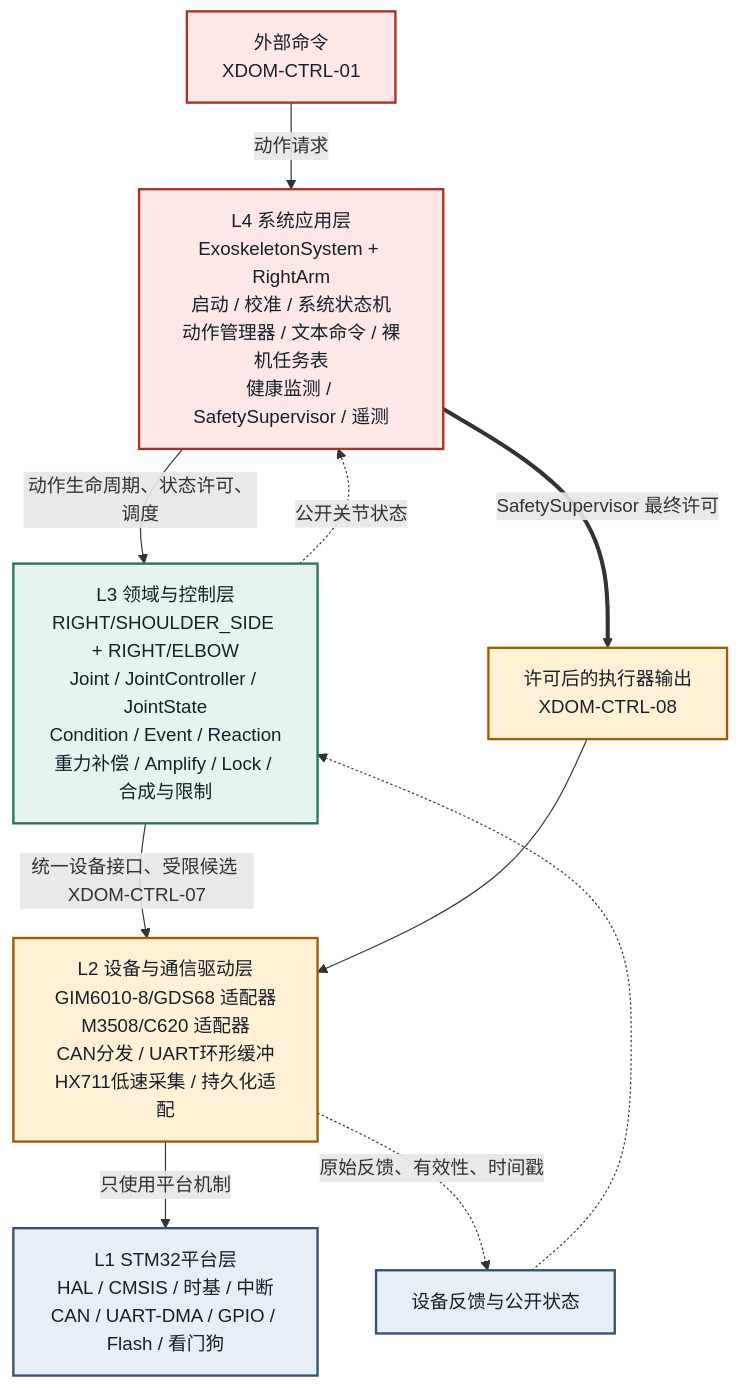
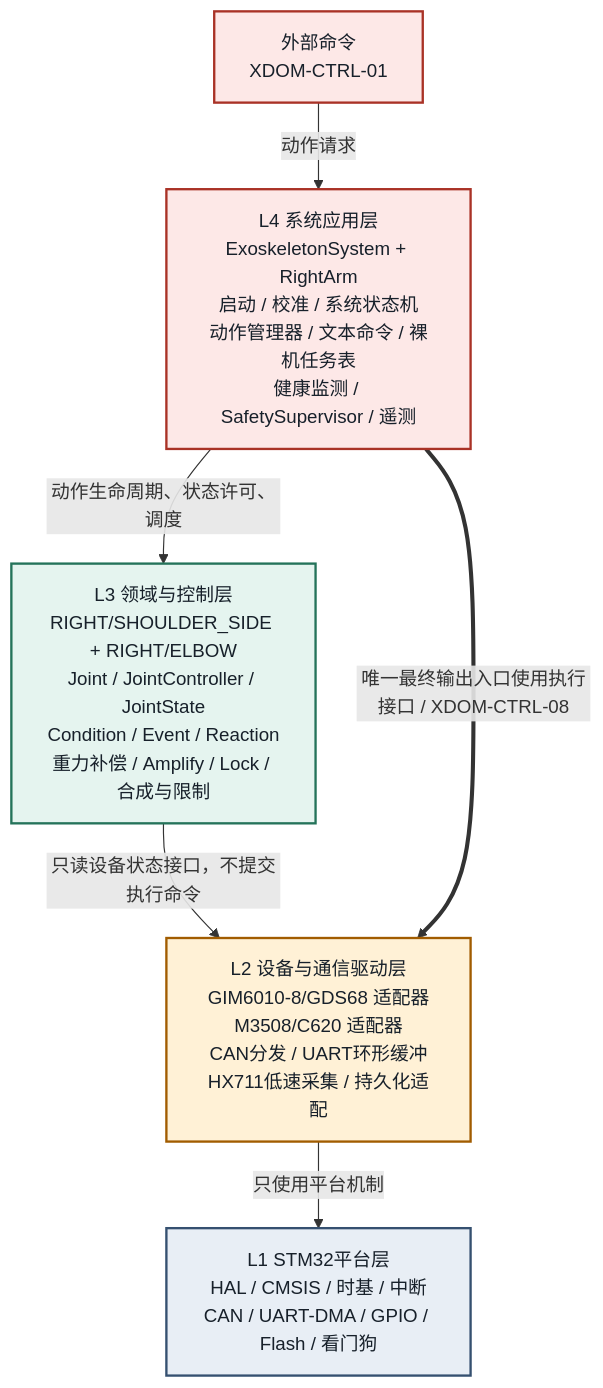
One commit to 46564645/Surgery_exoskeleton changed the fifth of 5 diagrams in Main_ project/docs/system_architecture_blueprint.md. Above: the diagram before and after it, drawn with Mermaid. The commit also changed other lines of this file and 403 other files, not shown here.

````diff
--- a/Main_ project/docs/system_architecture_blueprint.md
+++ b/Main_ project/docs/system_architecture_blueprint.md
@@ -346,29 +466,22 @@
 ```mermaid
 flowchart TB
     L4["L4 系统应用层<br/>ExoskeletonSystem + RightArm<br/>启动 / 校准 / 系统状态机<br/>动作管理器 / 文本命令 / 裸机任务表<br/>健康监测 / SafetySupervisor / 遥测"]
     L3["L3 领域与控制层<br/>RIGHT/SHOULDER_SIDE + RIGHT/ELBOW<br/>Joint / JointController / JointState<br/>Condition / Event / Reaction<br/>重力补偿 / Amplify / Lock / 合成与限制"]
     L2["L2 设备与通信驱动层<br/>GIM6010-8/GDS68 适配器<br/>M3508/C620 适配器<br/>CAN分发 / UART环形缓冲<br/>HX711低速采集 / 持久化适配"]
     L1["L1 STM32平台层<br/>HAL / CMSIS / 时基 / 中断<br/>CAN / UART-DMA / GPIO / Flash / 看门狗"]
     REQUEST["外部命令<br/>XDOM-CTRL-01"]
-    FINAL["许可后的执行器输出<br/>XDOM-CTRL-08"]
-    STATE["设备反馈与公开状态"]
-
     REQUEST -->|"动作请求"| L4
     L4 -->|"动作生命周期、状态许可、调度"| L3
-    L3 -->|"统一设备接口、受限候选 XDOM-CTRL-07"| L2
+    L3 -->|"只读设备状态接口，不提交执行命令"| L2
     L2 -->|"只使用平台机制"| L1
-    L4 ==>|"SafetySupervisor 最终许可"| FINAL
-    FINAL --> L2
-    L2 -.->|"原始反馈、有效性、时间戳"| STATE
-    STATE -.-> L3
-    L3 -.->|"公开关节状态"| L4
+    L4 ==>|"唯一最终输出入口使用执行接口 / XDOM-CTRL-08"| L2
 
     classDef application fill:#fde8e7,stroke:#a93226,stroke-width:2px,color:#17202a;
     classDef domain fill:#e5f4ef,stroke:#24735a,stroke-width:2px,color:#17202a;
     classDef driver fill:#fff1d6,stroke:#a15c00,stroke-width:2px,color:#17202a;
     classDef platform fill:#e8eef5,stroke:#355070,stroke-width:2px,color:#17202a;
     class L4,REQUEST application;
     class L3 domain;
-    class L2,FINAL driver;
-    class L1,STATE platform;
+    class L2 driver;
+    class L1 platform;
 ```
````
